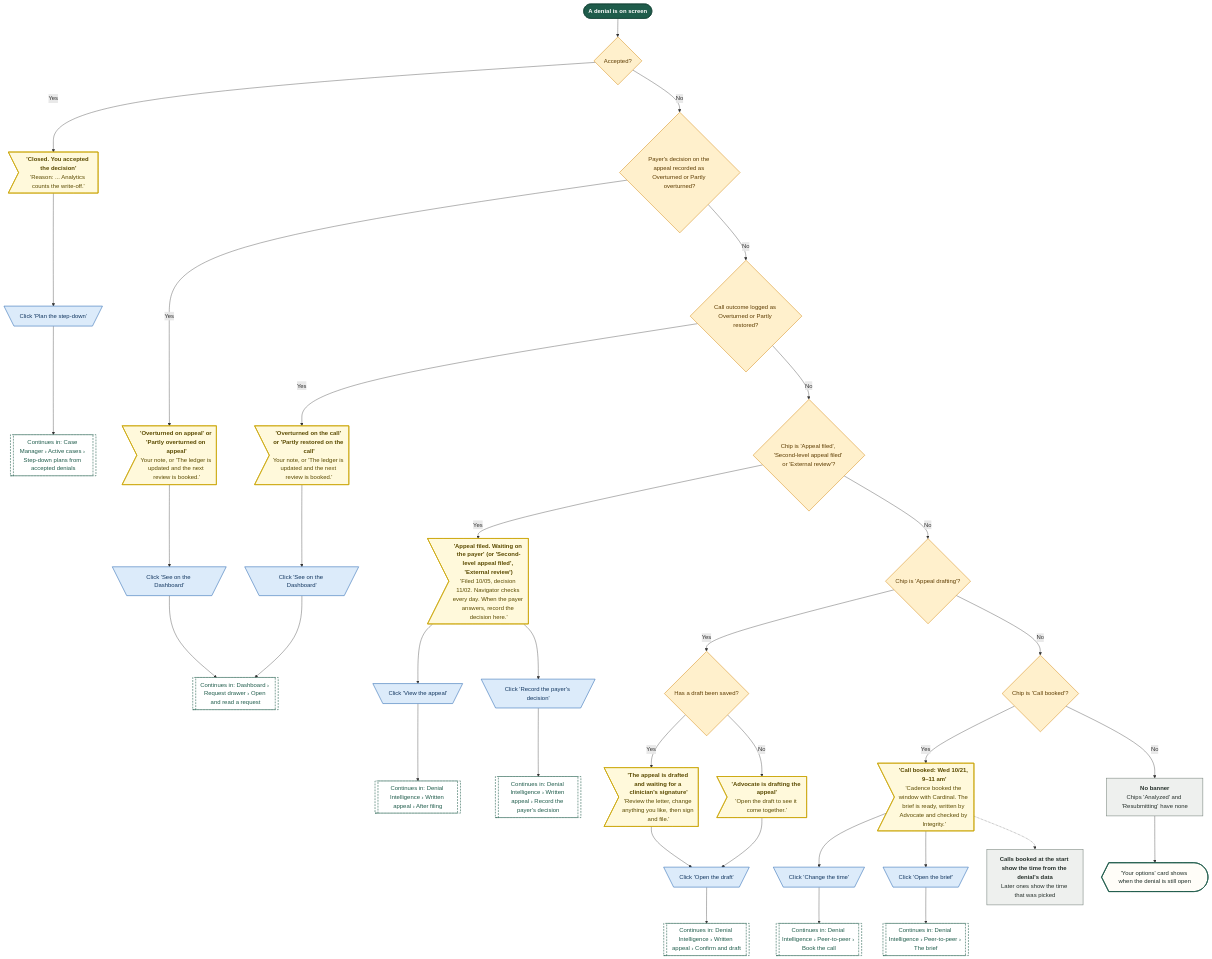
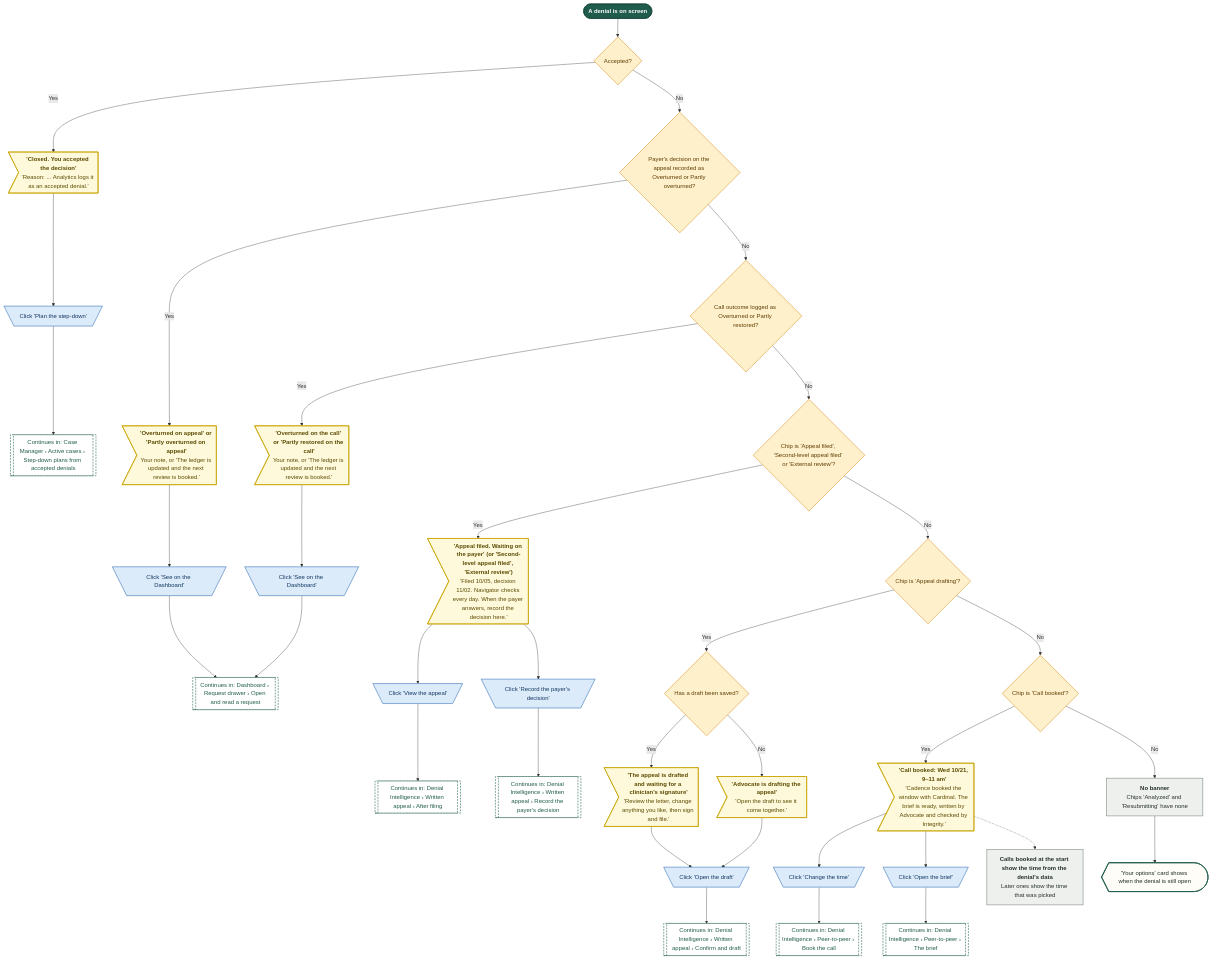
One commit to Shrav143/psyfloapp changed the diagram in demos/prior-auth-demo/workflows/out/mmd/06-denials/13-status-banners.mmd. Above: the diagram before and after it, drawn with Mermaid. The commit also changed 39 other files, not shown here.

First line of the commit message:
docs: appeal analysis report in the site map and README; rebuild the workflow diagrams (225)

```diff
--- a/demos/prior-auth-demo/workflows/out/mmd/06-denials/13-status-banners.mmd
+++ b/demos/prior-auth-demo/workflows/out/mmd/06-denials/13-status-banners.mmd
@@ -1,77 +1,77 @@
 %%{init: {"theme":"base","themeVariables":{"fontFamily":"'DM Sans', 'Segoe UI', system-ui, sans-serif","fontSize":"15px","lineColor":"#5B6B63","primaryTextColor":"#1C2B25","clusterBkg":"#FBF8F3","clusterBorder":"#D9CDBB","edgeLabelBackground":"#FFFFFF"},"flowchart":{"curve":"basis","nodeSpacing":36,"rankSpacing":48,"padding":12,"htmlLabels":true,"useMaxWidth":false,"wrappingWidth":230}} }%%
 flowchart TD
   classDef k_start fill:#1F5C4B,stroke:#174638,color:#FFFFFF,stroke-width:1.5px,font-weight:600
   classDef k_end fill:#DDEFE3,stroke:#2E7D4F,color:#14502F,stroke-width:1.5px,font-weight:600
   classDef k_endx fill:#FBE3E0,stroke:#C0392B,color:#7A1F16,stroke-width:1.5px,font-weight:600
   classDef k_screen fill:#FFFDF8,stroke:#1F5C4B,color:#1C2B25,stroke-width:2px
   classDef k_overlay fill:#F1F7F3,stroke:#1F5C4B,color:#1C2B25,stroke-width:2px,stroke-dasharray:5 3
   classDef k_click fill:#DCEBFA,stroke:#2F6DB5,color:#12365F,stroke-width:1.5px
   classDef k_input fill:#E4E7FF,stroke:#4C5FD5,color:#1D2670,stroke-width:1.5px
   classDef k_process fill:#EEF0EE,stroke:#7A857F,color:#26302B,stroke-width:1.5px
   classDef k_agent fill:#EEE5FA,stroke:#7A4FC2,color:#341A63,stroke-width:1.5px
   classDef k_decision fill:#FFF0CC,stroke:#D9962B,color:#5C3B00,stroke-width:1.5px
   classDef k_store fill:#D5F0EA,stroke:#1C8E7B,color:#0B4A3F,stroke-width:1.5px
   classDef k_doc fill:#F6E9DC,stroke:#B07A4C,color:#4A2E14,stroke-width:1.5px
   classDef k_ext fill:#FFE6D2,stroke:#E07B39,color:#6B2F06,stroke-width:1.5px
   classDef k_wait fill:#E4E8EE,stroke:#6B7C93,color:#26303D,stroke-width:1.5px
   classDef k_toast fill:#FFF9DB,stroke:#C9A400,color:#5A4A00,stroke-width:1.5px
   classDef k_goto fill:#FFFFFF,stroke:#1F5C4B,color:#1F5C4B,stroke-width:1.5px,stroke-dasharray:5 3
   s1@{ shape: stadium, label: "A denial is on screen" }
   d1@{ shape: diam, label: "Accepted?" }
-  t1@{ shape: odd, label: "<b>'Closed. You accepted the decision'</b><br/>'Reason: ... Analytics counts the write-off.'" }
+  t1@{ shape: odd, label: "<b>'Closed. You accepted the decision'</b><br/>'Reason: ... Analytics logs it as an accepted denial.'" }
   c1@{ shape: trap-t, label: "Click 'Plan the step-down'" }
   g1@{ shape: subproc, label: "Continues in: Case Manager › Active cases › Step-down plans from accepted denials" }
   d2a@{ shape: diam, label: "Payer's decision on the appeal recorded as Overturned or Partly overturned?" }
   t2a@{ shape: odd, label: "<b>'Overturned on appeal' or 'Partly overturned on appeal'</b><br/>Your note, or 'The ledger is updated and the next review is booked.'" }
   c2a@{ shape: trap-t, label: "Click 'See on the Dashboard'" }
   d2@{ shape: diam, label: "Call outcome logged as Overturned or Partly restored?" }
   t2@{ shape: odd, label: "<b>'Overturned on the call' or 'Partly restored on the call'</b><br/>Your note, or 'The ledger is updated and the next review is booked.'" }
   c2@{ shape: trap-t, label: "Click 'See on the Dashboard'" }
   g2@{ shape: subproc, label: "Continues in: Dashboard › Request drawer › Open and read a request" }
   d3@{ shape: diam, label: "Chip is 'Appeal filed', 'Second-level appeal filed' or 'External review'?" }
   t3@{ shape: odd, label: "<b>'Appeal filed. Waiting on the payer' (or 'Second-level appeal filed', 'External review')</b><br/>'Filed 10/05, decision 11/02. Navigator checks every day. When the payer answers, record the decision here.'" }
   c3@{ shape: trap-t, label: "Click 'View the appeal'" }
   c3a@{ shape: trap-t, label: "Click 'Record the payer's decision'" }
   g3@{ shape: subproc, label: "Continues in: Denial Intelligence › Written appeal › After filing" }
   g3a@{ shape: subproc, label: "Continues in: Denial Intelligence › Written appeal › Record the payer's decision" }
   d4@{ shape: diam, label: "Chip is 'Appeal drafting'?" }
   d5@{ shape: diam, label: "Has a draft been saved?" }
   t4@{ shape: odd, label: "<b>'The appeal is drafted and waiting for a clinician's signature'</b><br/>'Review the letter, change anything you like, then sign and file.'" }
   t5@{ shape: odd, label: "<b>'Advocate is drafting the appeal'</b><br/>'Open the draft to see it come together.'" }
   c4@{ shape: trap-t, label: "Click 'Open the draft'" }
   g4@{ shape: subproc, label: "Continues in: Denial Intelligence › Written appeal › Confirm and draft" }
   d6@{ shape: diam, label: "Chip is 'Call booked'?" }
   t6@{ shape: odd, label: "<b>'Call booked: Wed 10/21, 9–11 am'</b><br/>'Cadence booked the window with Cardinal. The brief is ready, written by Advocate and checked by Integrity.'" }
   c5@{ shape: trap-t, label: "Click 'Change the time'" }
   c6@{ shape: trap-t, label: "Click 'Open the brief'" }
   g5@{ shape: subproc, label: "Continues in: Denial Intelligence › Peer-to-peer › Book the call" }
   g6@{ shape: subproc, label: "Continues in: Denial Intelligence › Peer-to-peer › The brief" }
   p1@{ shape: rect, label: "<b>No banner</b><br/>Chips 'Analyzed' and 'Resubmitting' have none" }
   sc1@{ shape: curv-trap, label: "'Your options' card shows when the denial is still open" }
   p2@{ shape: rect, label: "<b>Calls booked at the start show the time from the denial's data</b><br/>Later ones show the time that was picked" }
   s1 --> d1
   d1 -->|"Yes"| t1 --> c1 --> g1
   d1 -->|"No"| d2a
   d2a -->|"Yes"| t2a --> c2a --> g2
   d2a -->|"No"| d2
   d2 -->|"Yes"| t2 --> c2 --> g2
   d2 -->|"No"| d3
   d3 -->|"Yes"| t3 --> c3 --> g3
   t3 --> c3a --> g3a
   d3 -->|"No"| d4
   d4 -->|"Yes"| d5
   d5 -->|"Yes"| t4 --> c4
   d5 -->|"No"| t5 --> c4
   c4 --> g4
   d4 -->|"No"| d6
   d6 -->|"Yes"| t6 --> c5 --> g5
   t6 --> c6 --> g6
   t6 -.-> p2
   d6 -->|"No"| p1 --> sc1
   class s1 k_start
   class d1,d2a,d2,d3,d4,d5,d6 k_decision
   class t1,t2a,t2,t3,t4,t5,t6 k_toast
   class c1,c2a,c2,c3,c3a,c4,c5,c6 k_click
   class g1,g2,g3,g3a,g4,g5,g6 k_goto
   class p1,p2 k_process
   class sc1 k_screen
```
